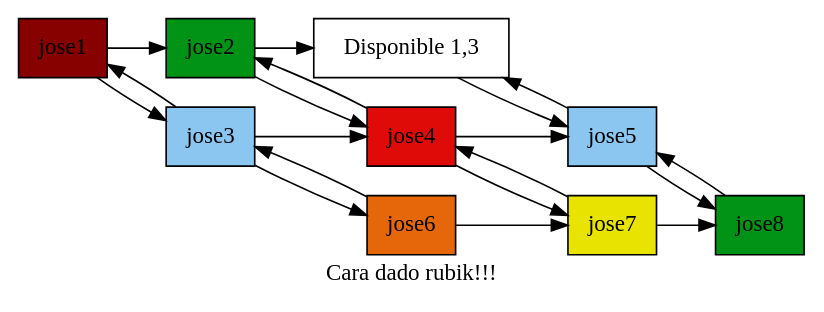
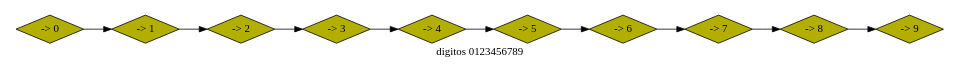
The diagram in Imagen_Reporte.gv (bram814/-LFP-Proyecto2_201800937), drawn with Graphviz before and after one commit. The commit also changed 5 other files, not shown here.

```diff
--- a/Imagen_Reporte.gv
+++ b/Imagen_Reporte.gv
@@ -1,32 +1,24 @@
 digraph Imagen_Reporte {
 	rankdir=LR size="8,5"
-	node [shape=rectangle]
-	jose1 [fillcolor="#860100" group=1 style=filled]
-	jose2 [fillcolor="#009315" group=1 style=filled]
-	"Disponible 1,3" [fillcolor="#ffffff" group=1 style=filled]
-	jose3 [fillcolor="#8bc6f1" group=2 style=filled]
-	jose4 [fillcolor="#df0b09" group=2 style=filled]
-	jose5 [fillcolor="#8bc6f1" group=2 style=filled]
-	jose6 [fillcolor="#e6660a" group=3 style=filled]
-	jose7 [fillcolor="#e8e300" group=3 style=filled]
-	jose8 [fillcolor="#009315" group=3 style=filled]
-	jose1 -> jose2 [label=""]
-	jose1 -> jose3 [label=""]
-	jose3 -> jose1 [label=""]
-	jose2 -> "Disponible 1,3" [label=""]
-	jose2 -> jose4 [label=""]
-	jose4 -> jose2 [label=""]
-	"Disponible 1,3" -> jose5 [label=""]
-	jose5 -> "Disponible 1,3" [label=""]
-	jose3 -> jose4 [label=""]
-	jose3 -> jose6 [label=""]
-	jose6 -> jose3 [label=""]
-	jose4 -> jose5 [label=""]
-	jose4 -> jose7 [label=""]
-	jose7 -> jose4 [label=""]
-	jose5 -> jose8 [label=""]
-	jose8 -> jose5 [label=""]
-	jose6 -> jose7 [label=""]
-	jose7 -> jose8 [label=""]
-	label="Cara dado rubik!!!"
+	node [shape=diamond]
+	"-> 0" [fillcolor="#b3af02" style=filled]
+	"-> 1" [fillcolor="#b3af02" style=filled]
+	"-> 2" [fillcolor="#b3af02" style=filled]
+	"-> 3" [fillcolor="#b3af02" style=filled]
+	"-> 4" [fillcolor="#b3af02" style=filled]
+	"-> 5" [fillcolor="#b3af02" style=filled]
+	"-> 6" [fillcolor="#b3af02" style=filled]
+	"-> 7" [fillcolor="#b3af02" style=filled]
+	"-> 8" [fillcolor="#b3af02" style=filled]
+	"-> 9" [fillcolor="#b3af02" style=filled]
+	"-> 0" -> "-> 1" [label=""]
+	"-> 1" -> "-> 2" [label=""]
+	"-> 2" -> "-> 3" [label=""]
+	"-> 3" -> "-> 4" [label=""]
+	"-> 4" -> "-> 5" [label=""]
+	"-> 5" -> "-> 6" [label=""]
+	"-> 6" -> "-> 7" [label=""]
+	"-> 7" -> "-> 8" [label=""]
+	"-> 8" -> "-> 9" [label=""]
+	label="digitos 0123456789"
 }
```
